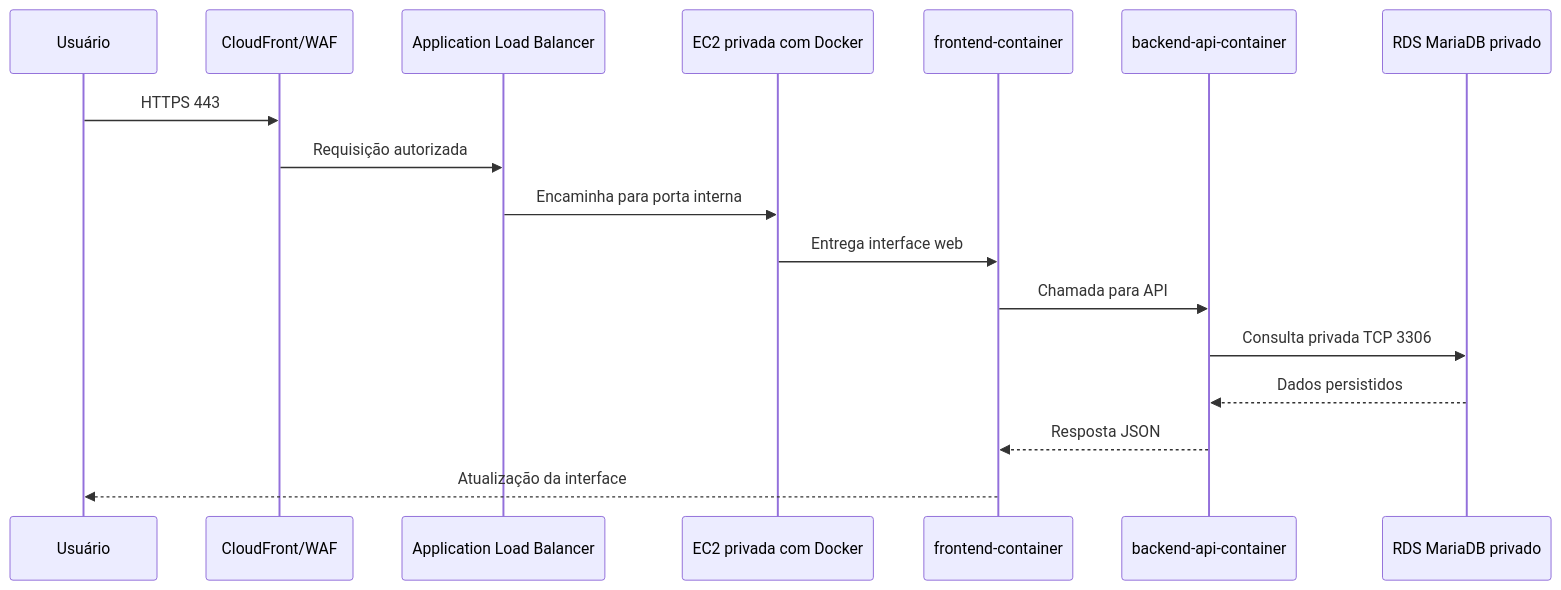
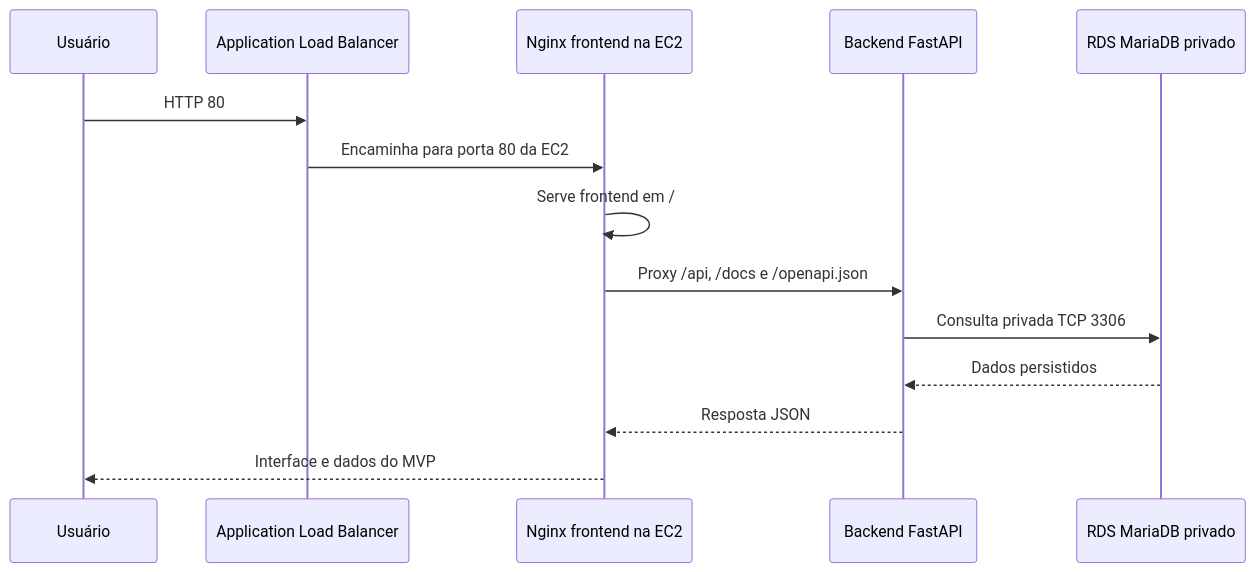
The second of 3 diagrams in docs/arquitetura/diagrama-aws-referencia.md (LuizPazdziora/mercantis-move2cloud), drawn with Mermaid before and after one commit. The commit also changed other lines of this file and 26 other files, not shown here.

````diff
--- a/docs/arquitetura/diagrama-aws-referencia.md
+++ b/docs/arquitetura/diagrama-aws-referencia.md
@@ -73,20 +63,17 @@
 ```mermaid
 sequenceDiagram
     participant U as Usuário
-    participant CF as CloudFront/WAF
     participant ALB as Application Load Balancer
-    participant EC2 as EC2 privada com Docker
-    participant FE as frontend-container
-    participant BE as backend-api-container
+    participant FE as Nginx frontend na EC2
+    participant BE as Backend FastAPI
     participant DB as RDS MariaDB privado
 
-    U->>CF: HTTPS 443
-    CF->>ALB: Requisição autorizada
-    ALB->>EC2: Encaminha para porta interna
-    EC2->>FE: Entrega interface web
-    FE->>BE: Chamada para API
+    U->>ALB: HTTP 80
+    ALB->>FE: Encaminha para porta 80 da EC2
+    FE->>FE: Serve frontend em /
+    FE->>BE: Proxy /api, /docs e /openapi.json
     BE->>DB: Consulta privada TCP 3306
     DB-->>BE: Dados persistidos
     BE-->>FE: Resposta JSON
-    FE-->>U: Atualização da interface
+    FE-->>U: Interface e dados do MVP
 ```
````
